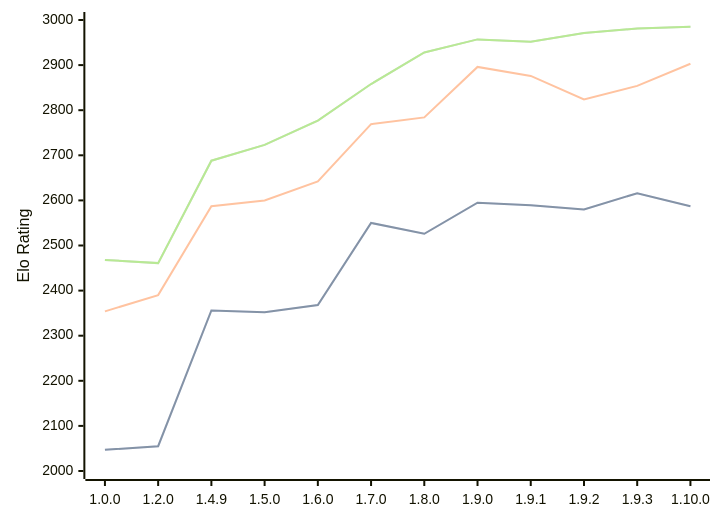
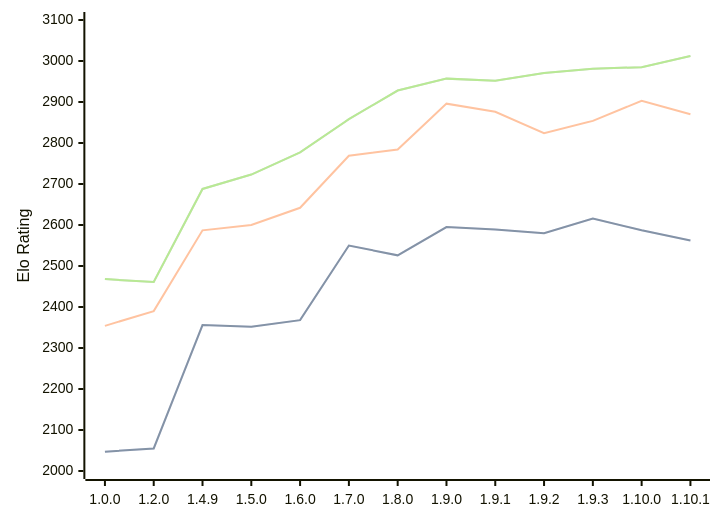
One commit to computer-chess-index/cci changed the diagram in engines/Basilisk.md. Above: the diagram before and after it, drawn with Mermaid. The commit also changed other lines of this file, not shown here.

Commit message:
Update CCI Ratings (ELO VLTC) - 2026-09-30

````diff
--- a/engines/Basilisk.md
+++ b/engines/Basilisk.md
@@ -56,11 +56,11 @@
 ```mermaid
 %%{init: {"theme":"base","themeVariables":{"seriesColors:['#a3a3a3','#222221','#faa371']}}}%%
 xychart-beta
-  x-axis ["1.0.0", "1.2.0", "1.4.9", "1.5.0", "1.6.0", "1.7.0", "1.8.0", "1.9.0", "1.9.1", "1.9.2", "1.9.3", "1.10.0"]
-  y-axis "Elo Rating" 2000 --> 3000
-  line "" [2047, 2055, 2356, 2352, 2368, 2550, 2526, 2595, 2589, 2580, 2616, 2587]
-  line "STC (8.0+0.08s)" [2047, 2055, 2356, 2352, 2368, 2550, 2526, 2595, 2589, 2580, 2616, 2587]
-  line "LTC (60.0+0.60s)" [2354, 2390, 2587, 2600, 2642, 2769, 2784, 2896, 2876, 2824, 2854, 2903]
-  line "" [2468, 2461, 2688, 2723, 2777, 2858, 2928, 2957, 2952, 2971, 2981, 2985]
-  line "VLTC (2m24s+1.12s)" [2468, 2461, 2688, 2723, 2777, 2858, 2928, 2957, 2952, 2971, 2981, 2985]
+  x-axis ["1.0.0", "1.2.0", "1.4.9", "1.5.0", "1.6.0", "1.7.0", "1.8.0", "1.9.0", "1.9.1", "1.9.2", "1.9.3", "1.10.0", "1.10.1"]
+  y-axis "Elo Rating" 2000 --> 3100
+  line "" [2047, 2055, 2356, 2352, 2368, 2550, 2526, 2595, 2589, 2580, 2616, 2587, 2562]
+  line "STC (8.0+0.08s)" [2047, 2055, 2356, 2352, 2368, 2550, 2526, 2595, 2589, 2580, 2616, 2587, 2562]
+  line "LTC (60.0+0.60s)" [2354, 2390, 2587, 2600, 2642, 2769, 2784, 2896, 2876, 2824, 2854, 2903, 2870]
+  line "" [2468, 2461, 2688, 2723, 2777, 2858, 2928, 2957, 2952, 2971, 2981, 2985, 3012]
+  line "VLTC (2m24s+1.12s)" [2468, 2461, 2688, 2723, 2777, 2858, 2928, 2957, 2952, 2971, 2981, 2985, 3012]
 ```
````
